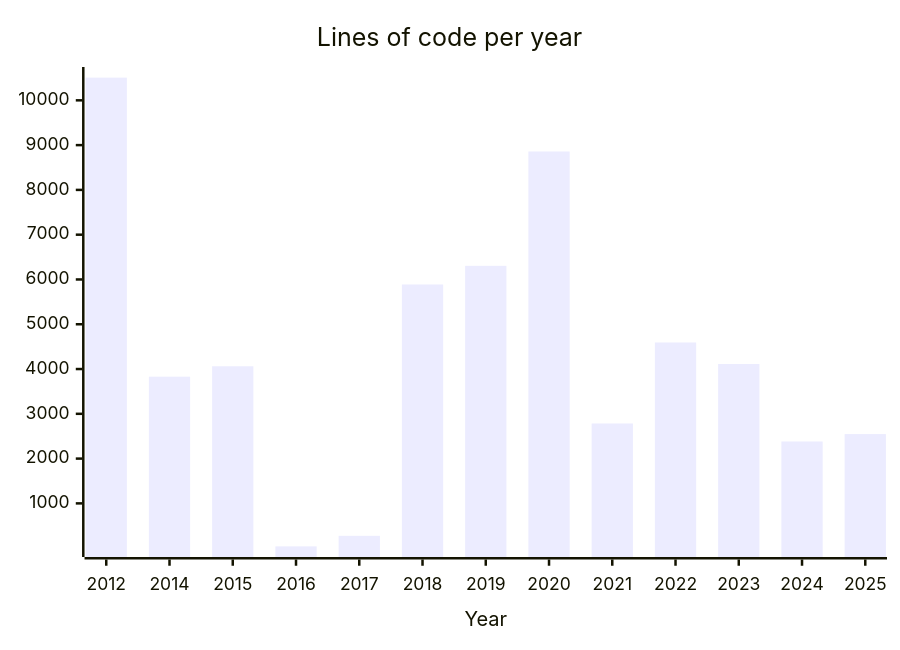
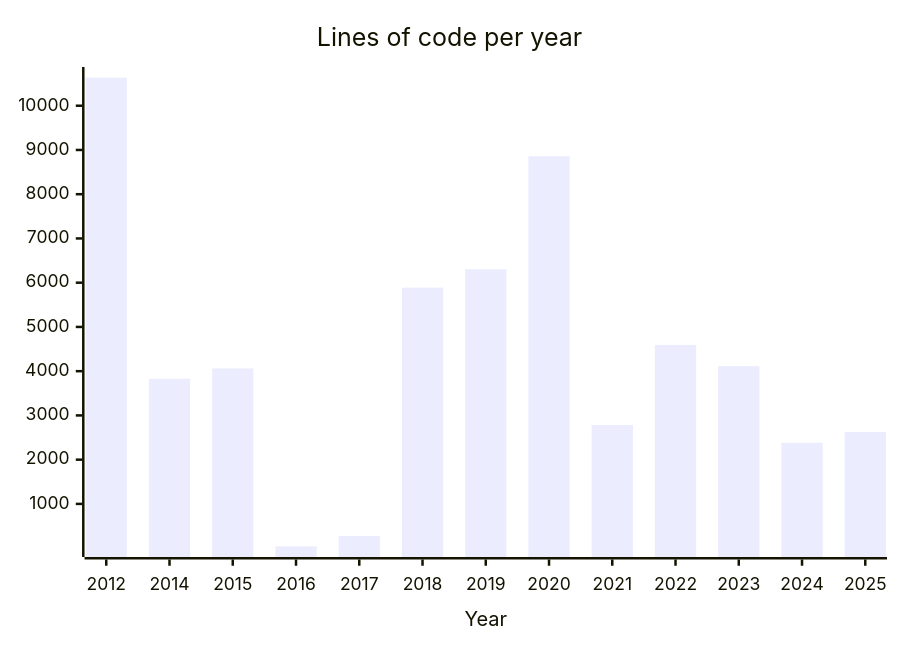
Before and after one commit to engdan77/engdan77: the diagram in README.md, drawn with Mermaid. The commit also changed other lines of this file, not shown here.

````diff
--- a/README.md
+++ b/README.md
@@ -41,6 +41,6 @@
 ```mermaid
 xychart-beta
       title "Lines of code per year"
       x-axis "Year" [2012, 2014, 2015, 2016, 2017, 2018, 2019, 2020, 2021, 2022, 2023, 2024, 2025]
-      bar "engdan77" [10507, 3829, 4062, 40, 276, 5888, 6304, 8858, 2784, 4593, 4113, 2382, 2547]
+      bar "engdan77" [10635, 3829, 4062, 40, 276, 5888, 6304, 8858, 2784, 4593, 4113, 2382, 2623]
 ```
````
